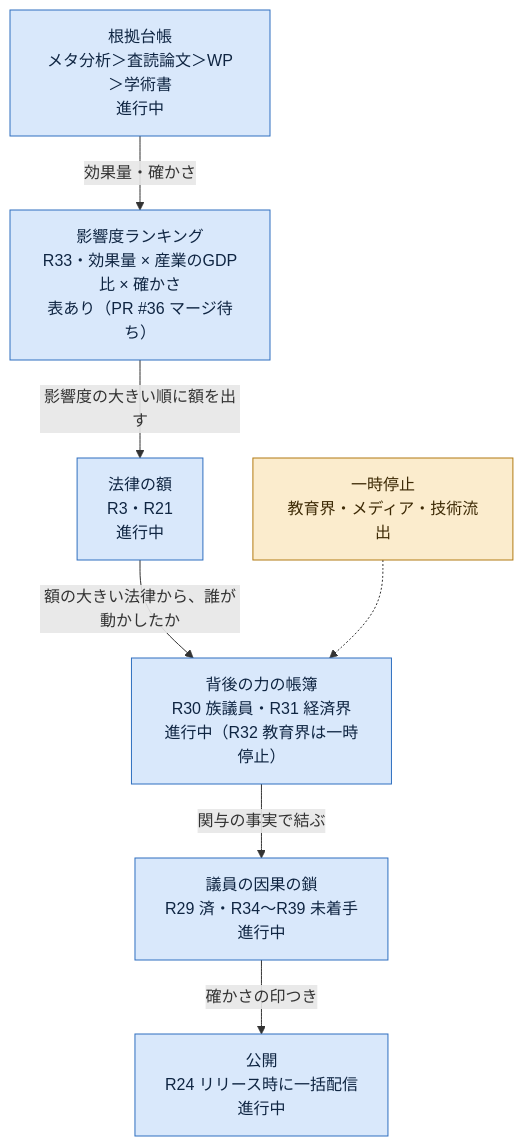
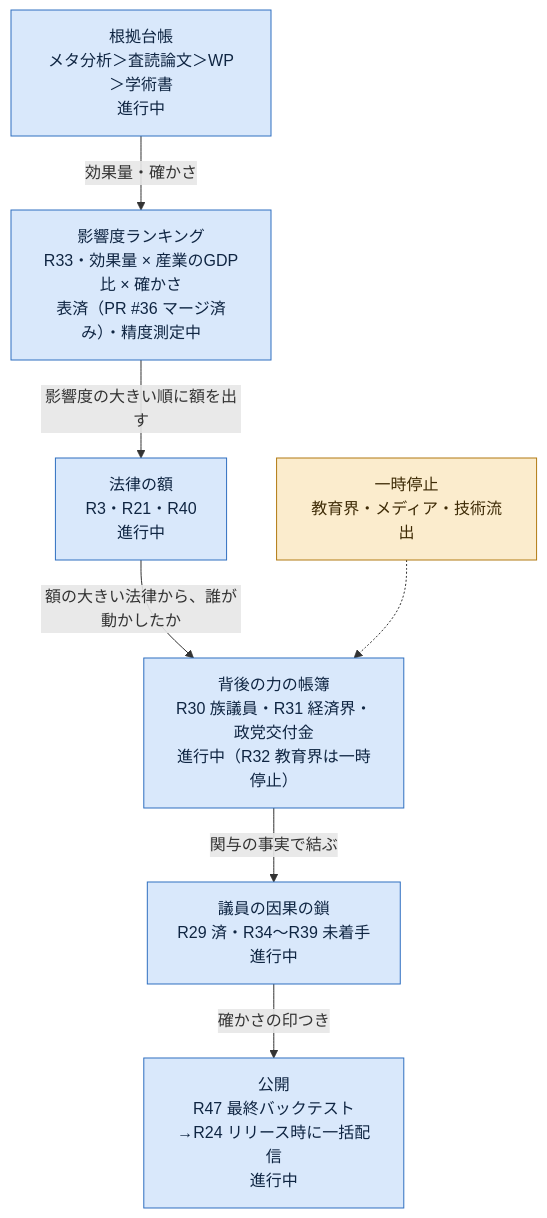
Before and after one commit to nexus-ai-2045/public-interest-lens: the second of 2 diagrams in docs/ロードマップ.md, drawn with Mermaid. The commit also changed other lines of this file, not shown here.

Commit message:
ロードマップの全体図を今夜のマージに合わせ、バックテスト v1（R46）と最終バックテスト（R47）を足す

````diff
--- a/docs/ロードマップ.md
+++ b/docs/ロードマップ.md
@@ -209,19 +219,19 @@
 ```mermaid
 flowchart TD
   A["根拠台帳<br/>メタ分析＞査読論文＞WP＞学術書<br/>進行中"]:::prog
-  B["影響度ランキング<br/>R33・効果量 × 産業のGDP比 × 確かさ<br/>表あり（PR #36 マージ待ち）"]:::prog
-  C["法律の額<br/>R3・R21<br/>進行中"]:::prog
-  D["背後の力の帳簿<br/>R30 族議員・R31 経済界<br/>進行中（R32 教育界は一時停止）"]:::prog
+  B["影響度ランキング<br/>R33・効果量 × 産業のGDP比 × 確かさ<br/>表済（PR #36 マージ済み）・精度測定中"]:::prog
+  C["法律の額<br/>R3・R21・R40<br/>進行中"]:::prog
+  D["背後の力の帳簿<br/>R30 族議員・R31 経済界・政党交付金<br/>進行中（R32 教育界は一時停止）"]:::prog
   E["議員の因果の鎖<br/>R29 済・R34〜R39 未着手<br/>進行中"]:::prog
-  F["公開<br/>R24 リリース時に一括配信<br/>進行中"]:::prog
+  F["公開<br/>R47 最終バックテスト→R24 リリース時に一括配信<br/>進行中"]:::prog
   A -->|"効果量・確かさ"| B
   B -->|"影響度の大きい順に額を出す"| C
   C -->|"額の大きい法律から、誰が動かしたか"| D
   D -->|"関与の事実で結ぶ"| E
   E -->|"確かさの印つき"| F
   P["一時停止<br/>教育界・メディア・技術流出"]:::pause -.-> D
   classDef done fill:#d7efdc,stroke:#2e7d46,color:#102a18
   classDef prog fill:#d9e8fb,stroke:#2f6fc0,color:#0f2542
   classDef pause fill:#fbeccd,stroke:#b27a12,color:#3d2a05
   classDef todo fill:#f1f1f1,stroke:#888,stroke-dasharray:4 3,color:#222
 ```
````
